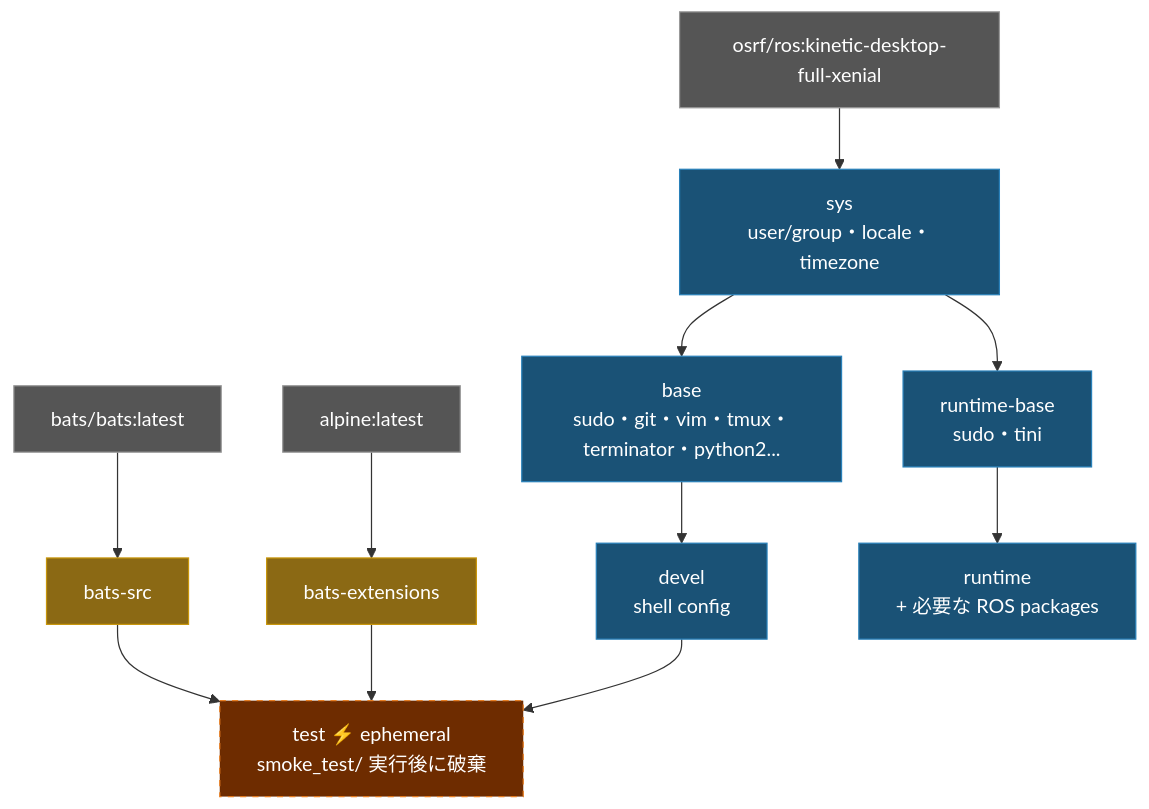
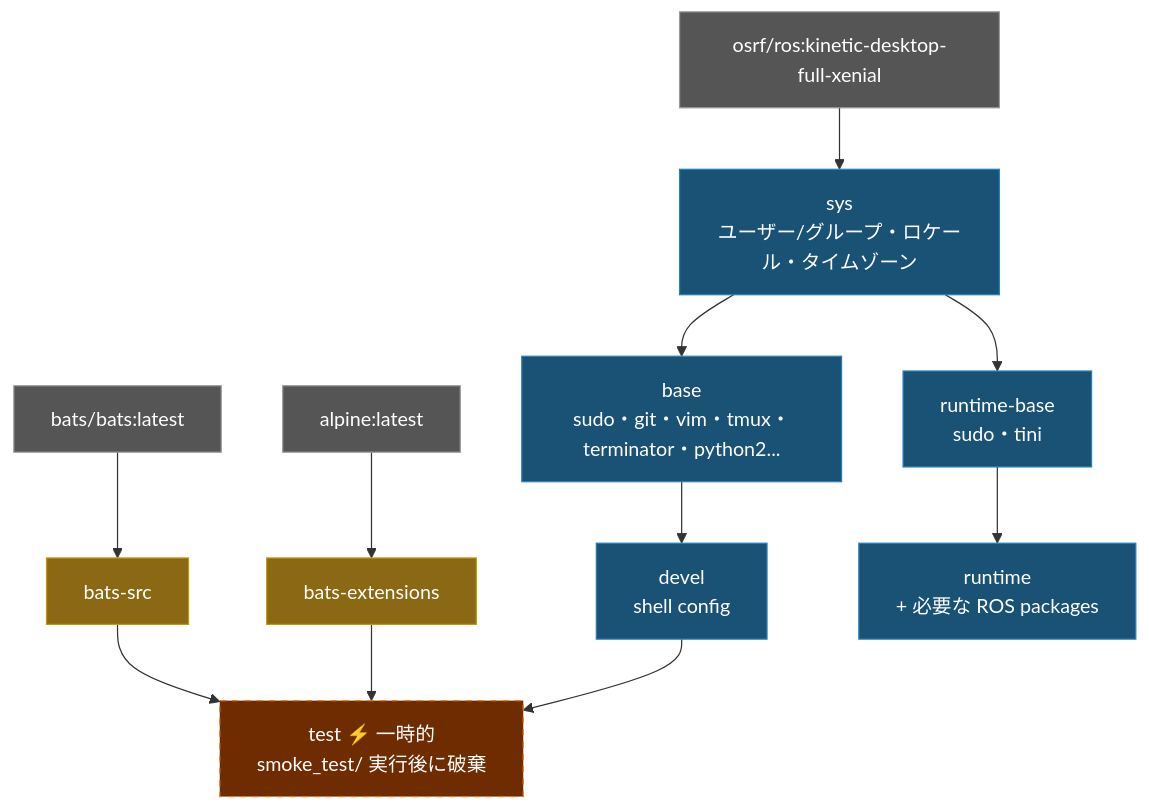
The diagram in doc/README.ja.md (ycpss91255-docker/osrf_ros_kinetic), drawn with Mermaid before and after one commit. The commit also changed other lines of this file and 2 other files, not shown here.

Commit message:
docs: translate English text in architecture diagrams to i18n
Replace remaining English in mermaid diagrams and tables:
- user/group・locale・timezone → translated
- ephemeral → translated
- smoke tests, discarded after build → translated
- Dockerfile Stages → translated

````diff
--- a/doc/README.ja.md
+++ b/doc/README.ja.md
@@ -235,26 +235,26 @@
 ```mermaid
 graph TD
     EXT1["bats/bats:latest"]:::external
     EXT2["alpine:latest"]:::external
     EXT3["osrf/ros:kinetic-desktop-full-xenial"]:::external
 
     EXT1 --> bats-src["bats-src"]:::tool
     EXT2 --> bats-ext["bats-extensions"]:::tool
 
-    EXT3 --> sys["sys\nuser/group・locale・timezone"]:::stage
+    EXT3 --> sys["sys\nユーザー/グループ・ロケール・タイムゾーン"]:::stage
 
     sys --> base["base\nsudo・git・vim・tmux・terminator・python2..."]:::stage
     base --> devel["devel\nshell config"]:::stage
 
-    bats-src --> test["test  ⚡ ephemeral\nsmoke_test/ 実行後に破棄"]:::ephemeral
+    bats-src --> test["test  ⚡ 一時的\nsmoke_test/ 実行後に破棄"]:::ephemeral
     bats-ext --> test
     devel --> test
 
     sys --> runtime-base["runtime-base\nsudo・tini"]:::stage
     runtime-base --> runtime["runtime\n+ 必要な ROS packages"]:::stage
 
     classDef external fill:#555,color:#fff,stroke:#999
     classDef tool fill:#8B6914,color:#fff,stroke:#c8960c
     classDef stage fill:#1a5276,color:#fff,stroke:#2980b9
     classDef ephemeral fill:#6e2c00,color:#fff,stroke:#e67e22,stroke-dasharray:5 5
 ```
````
